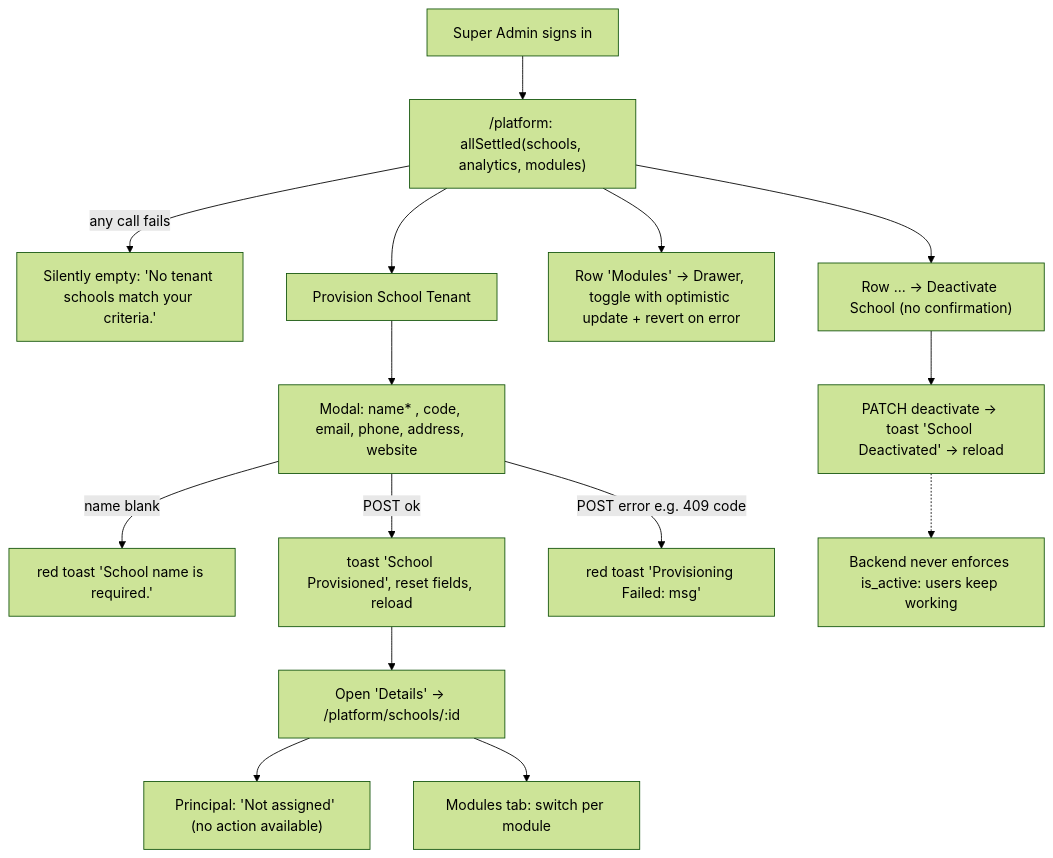
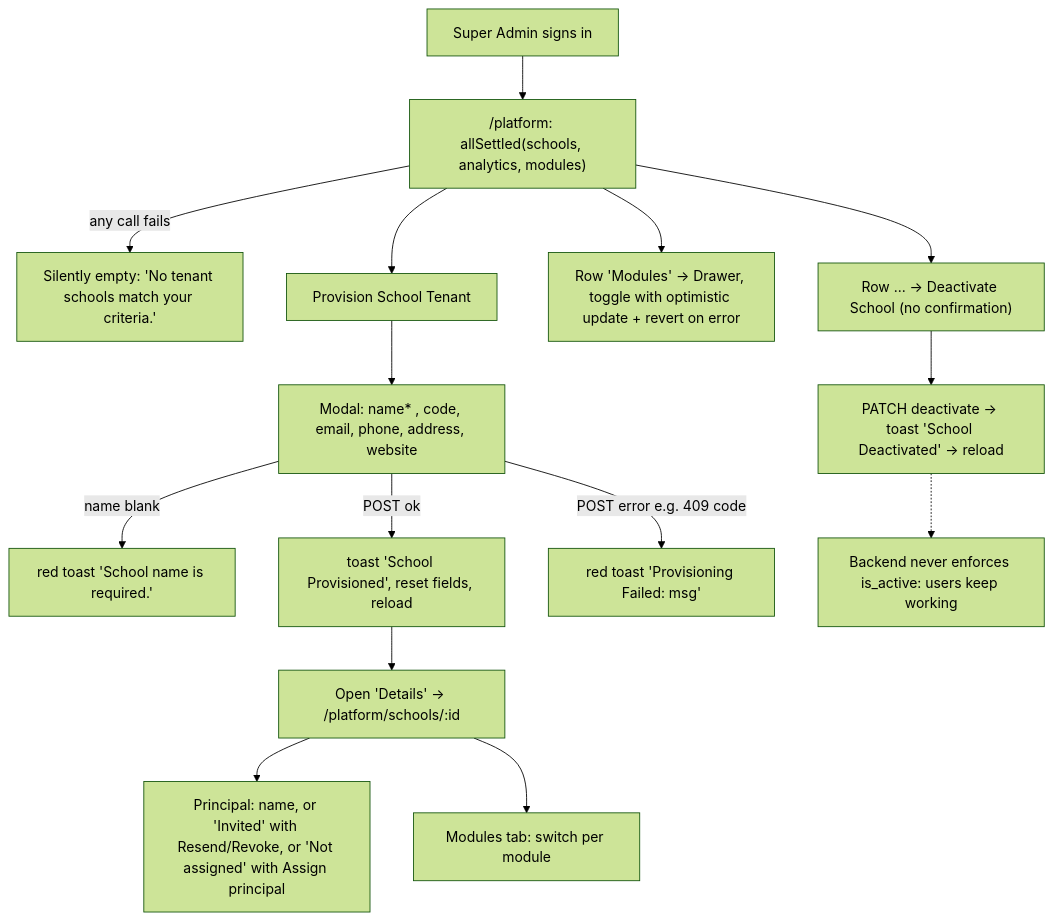
The diagram in docs/user-flows/platform-provisioning.md (Fastrackgh/fastrack-home), drawn with Mermaid (forest theme) before and after one commit. The commit also changed other lines of this file and 3 other files, not shown here.

First line of the commit message:
feat(platform): show a pending principal invitation with Resend and Revoke (QA-202)

````diff
--- a/docs/user-flows/platform-provisioning.md
+++ b/docs/user-flows/platform-provisioning.md
@@ -27,17 +27,17 @@
 ```mermaid
 flowchart TD
   A[Super Admin signs in] --> B["/platform: allSettled(schools, analytics, modules)"]
   B -->|any call fails| B2["Silently empty: 'No tenant schools match your criteria.'"]
   B --> C[Provision School Tenant]
   C --> D["Modal: name* , code, email, phone, address, website"]
   D -->|name blank| D1[red toast 'School name is required.']
   D -->|POST ok| E[toast 'School Provisioned', reset fields, reload]
   D -->|POST error e.g. 409 code| D2[red toast 'Provisioning Failed: msg']
   E --> F["Open 'Details' -> /platform/schools/:id"]
-  F --> G["Principal: 'Not assigned' (no action available)"]
+  F --> G["Principal: name, or 'Invited' with Resend/Revoke, or 'Not assigned' with Assign principal"]
   F --> H["Modules tab: switch per module"]
   B --> I["Row 'Modules' -> Drawer, toggle with optimistic update + revert on error"]
   B --> J["Row ... -> Deactivate School (no confirmation)"]
   J --> K["PATCH deactivate -> toast 'School Deactivated' -> reload"]
   K -.-> L["Backend never enforces is_active: users keep working"]
 ```
````
